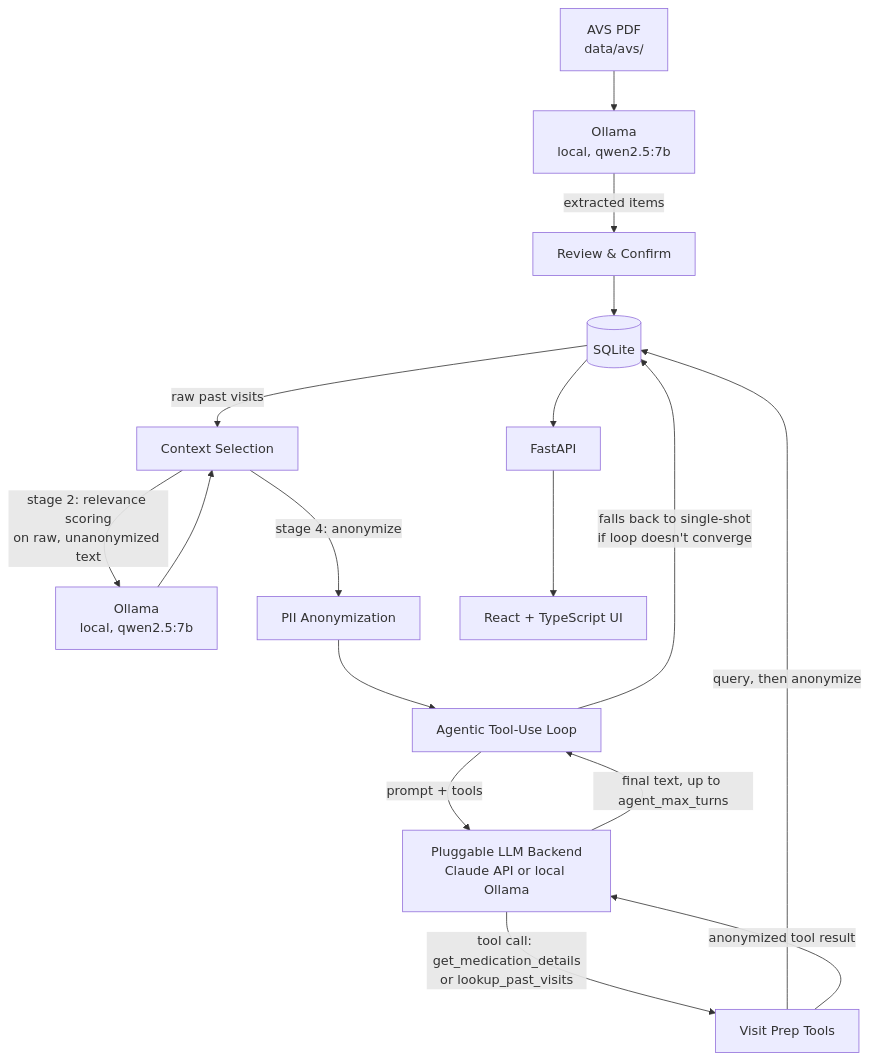
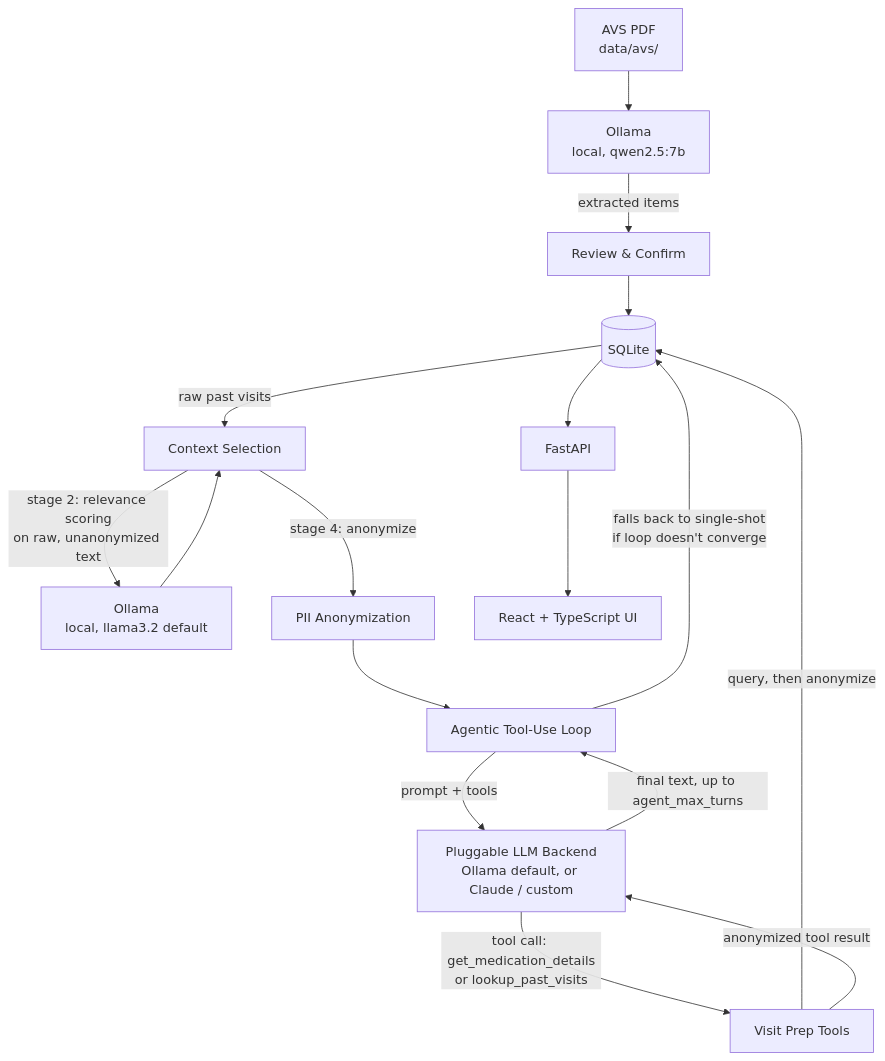
The diagram in docs/notes/DESIGN.md (nidhi-menon/HealthSteward), drawn with Mermaid before and after one commit. The commit also changed other lines of this file and 2 other files, not shown here.

````diff
--- a/docs/notes/DESIGN.md
+++ b/docs/notes/DESIGN.md
@@ -36,22 +36,22 @@
 ```mermaid
 flowchart TD
     PDF[AVS PDF<br/>data/avs/] --> OllamaParse[Ollama<br/>local, qwen2.5:7b]
     OllamaParse -->|extracted items| Review[Review & Confirm]
     Review --> DB[(SQLite)]
 
     DB -->|raw past visits| Select[Context Selection]
-    Select -->|stage 2: relevance scoring<br/>on raw, unanonymized text| OllamaScore[Ollama<br/>local, qwen2.5:7b]
+    Select -->|stage 2: relevance scoring<br/>on raw, unanonymized text| OllamaScore[Ollama<br/>local, llama3.2 default]
     OllamaScore --> Select
     Select -->|stage 4: anonymize| Anon[PII Anonymization]
     Anon --> Loop[Agentic Tool-Use Loop]
 
-    Loop -->|prompt + tools| Backend[Pluggable LLM Backend<br/>Claude API or local Ollama]
+    Loop -->|prompt + tools| Backend[Pluggable LLM Backend<br/>Ollama default, or Claude / custom]
     Backend -->|tool call: get_medication_details<br/>or lookup_past_visits| Tools[Visit Prep Tools]
     Tools -->|query, then anonymize| DB
     Tools -->|anonymized tool result| Backend
     Backend -->|final text, up to agent_max_turns| Loop
     Loop -->|falls back to single-shot<br/>if loop doesn't converge| DB
 
     DB --> API[FastAPI]
     API --> UI[React + TypeScript UI]
 ```
````
